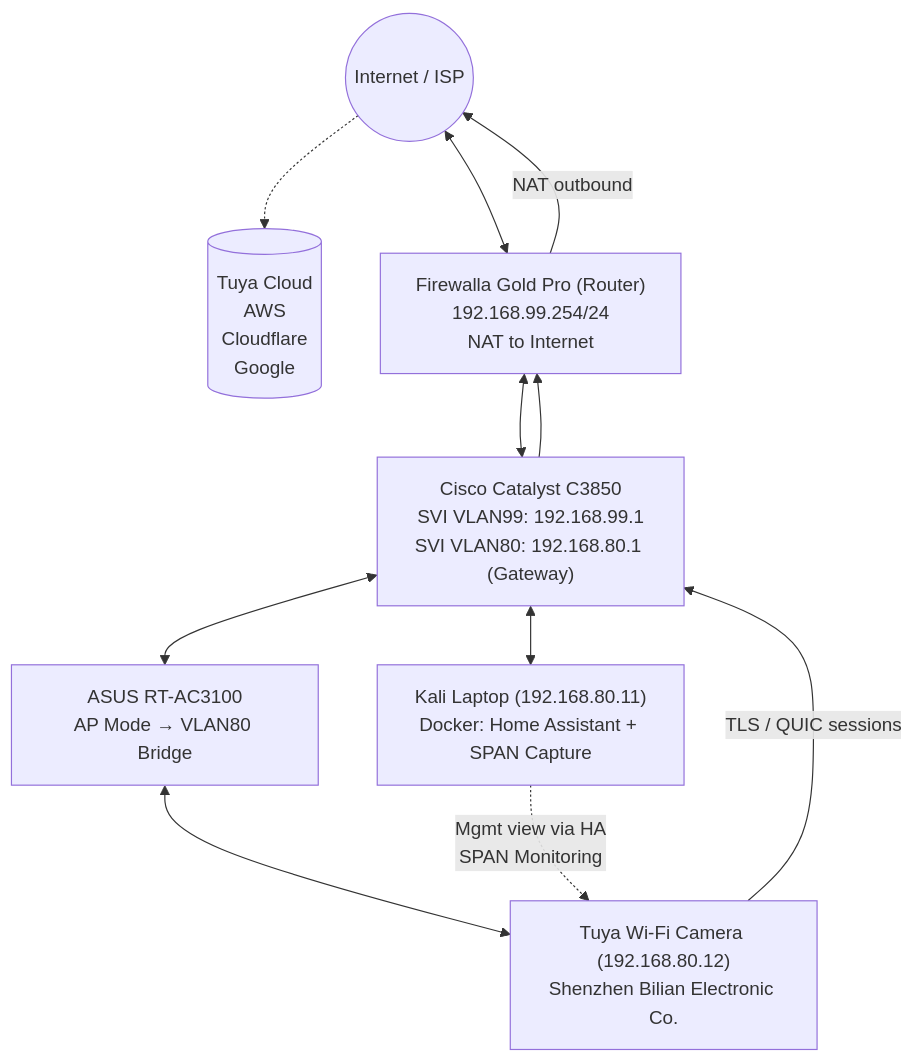
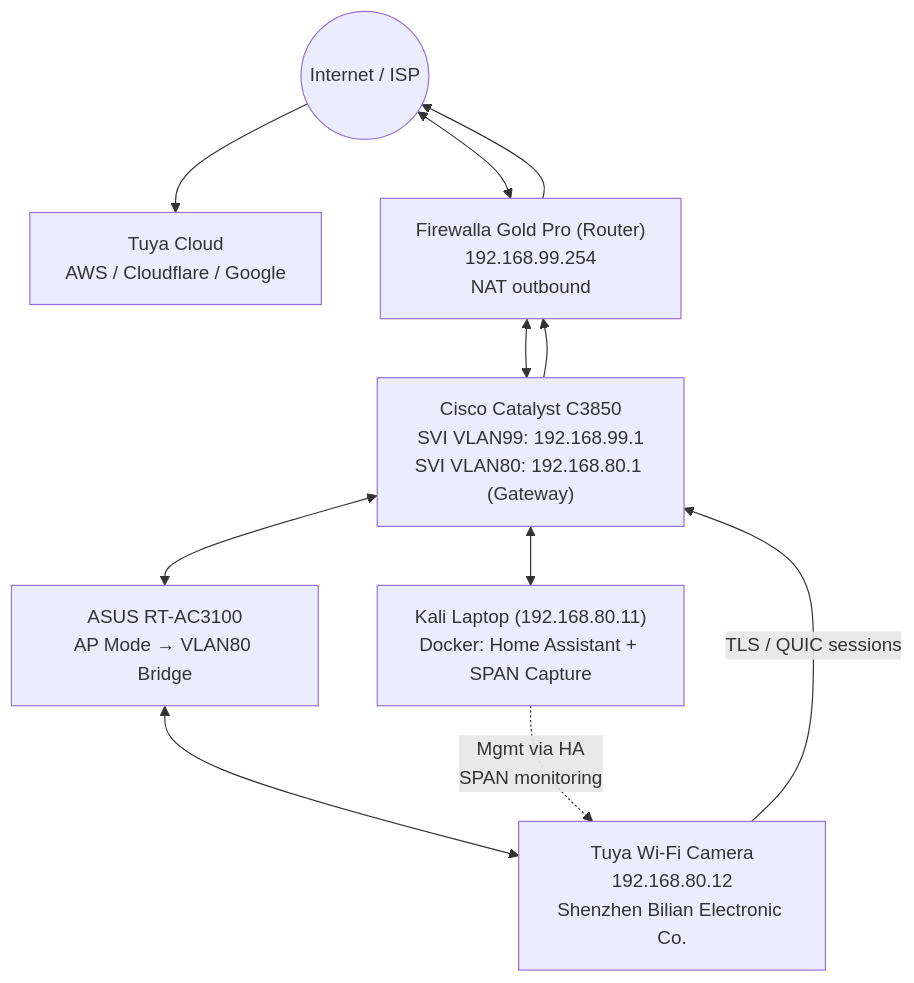
Before and after one commit to blackTieV2/ZEIT8023-S2-2025-: the diagram in Labs/IoT/LabSetup.md, drawn with Mermaid.

````diff
--- a/Labs/IoT/LabSetup.md
+++ b/Labs/IoT/LabSetup.md
@@ -4,26 +4,26 @@
 ```mermaid
 flowchart TD
     Internet((Internet / ISP))
-    Cloud[(Tuya Cloud\nAWS\nCloudflare\nGoogle)]
-    Router["Firewalla Gold Pro (Router)\n192.168.99.254/24\nNAT to Internet"]
+    Cloud[Tuya Cloud\nAWS / Cloudflare / Google]
+    Router["Firewalla Gold Pro (Router)\n192.168.99.254\nNAT outbound"]
     Switch["Cisco Catalyst C3850\nSVI VLAN99: 192.168.99.1\nSVI VLAN80: 192.168.80.1 (Gateway)"]
     AP["ASUS RT-AC3100\nAP Mode → VLAN80 Bridge"]
     Laptop["Kali Laptop (192.168.80.11)\nDocker: Home Assistant + SPAN Capture"]
-    Camera["Tuya Wi‑Fi Camera (192.168.80.12)\nShenzhen Bilian Electronic Co."]
+    Camera["Tuya Wi‑Fi Camera\n192.168.80.12\nShenzhen Bilian Electronic Co."]
 
-    %% Physical path
+    %% Infra path
     Internet <--> Router
     Router <--> Switch
     Switch <--> AP
     Switch <--> Laptop
     AP <--> Camera
 
     %% Camera outbound flows
     Camera -->|"TLS / QUIC sessions"| Switch
     Switch --> Router
-    Router -->|"NAT outbound"| Internet
-    Internet -.-> Cloud
+    Router --> Internet
+    Internet --> Cloud
 
-    %% Mgmt path
-    Laptop -.->|"Mgmt view via HA\nSPAN Monitoring"| Camera
+    %% Mgmt / SPAN path
+    Laptop -.->|"Mgmt via HA\nSPAN monitoring"| Camera
 ```
````
